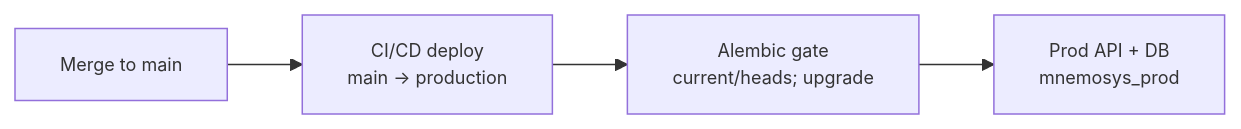
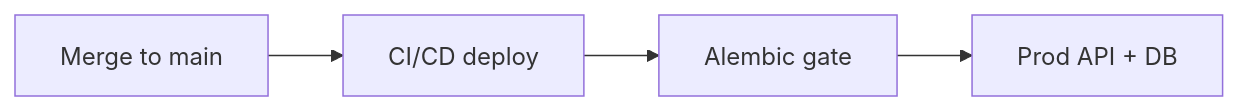
One commit to wphillipmoore/mnemosys-core changed the fourth of 4 diagrams in docs/diagrams/alembic-migration-workflow.md. Above: the diagram before and after it, drawn with Mermaid. The commit also changed other lines of this file, not shown here.

Commit message:
Simplify mermaid labels and move details to captions

````diff
--- a/docs/diagrams/alembic-migration-workflow.md
+++ b/docs/diagrams/alembic-migration-workflow.md
@@ -51,10 +50,8 @@
 ```mermaid
 flowchart LR
-  classDef compact font-size:12px;
   MAIN["Merge to main"]
-  PROD_PIPE["CI/CD deploy<br/>main -> production"]
-  PROD_GATE["Alembic gate<br/>current/heads; upgrade"]
-  PROD_APP["Prod API + DB<br/>mnemosys_prod"]
+  PROD_PIPE["CI/CD deploy"]
+  PROD_GATE["Alembic gate"]
+  PROD_APP["Prod API + DB"]
   MAIN --> PROD_PIPE --> PROD_GATE --> PROD_APP
-  class MAIN,PROD_PIPE,PROD_GATE,PROD_APP compact;
 ```
````
